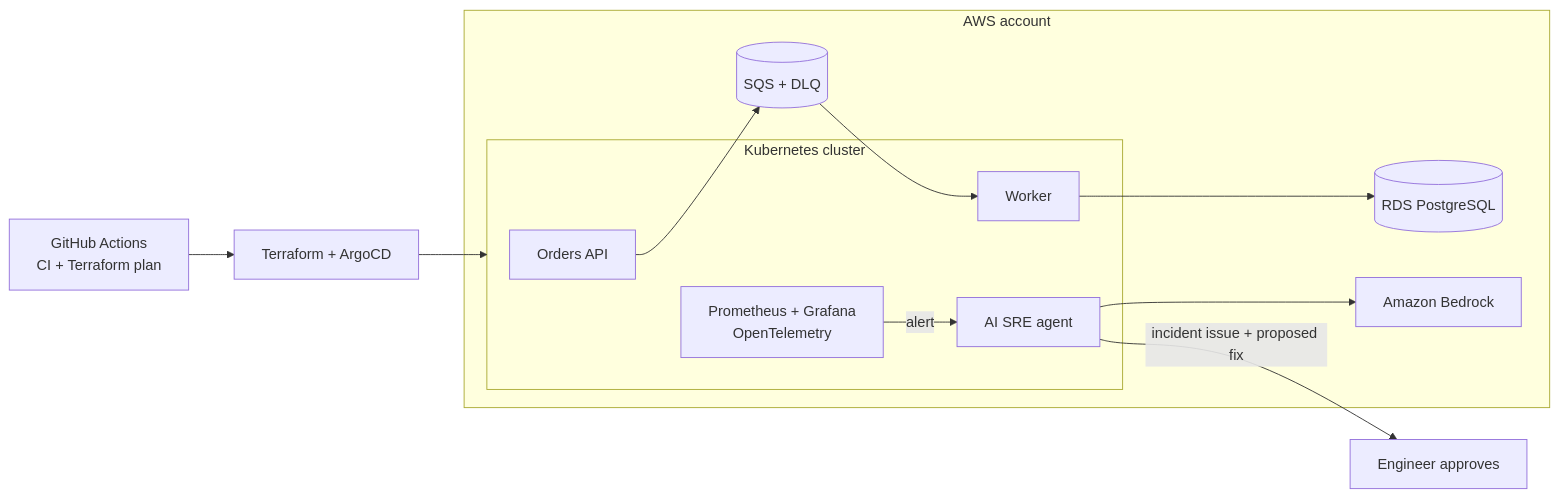
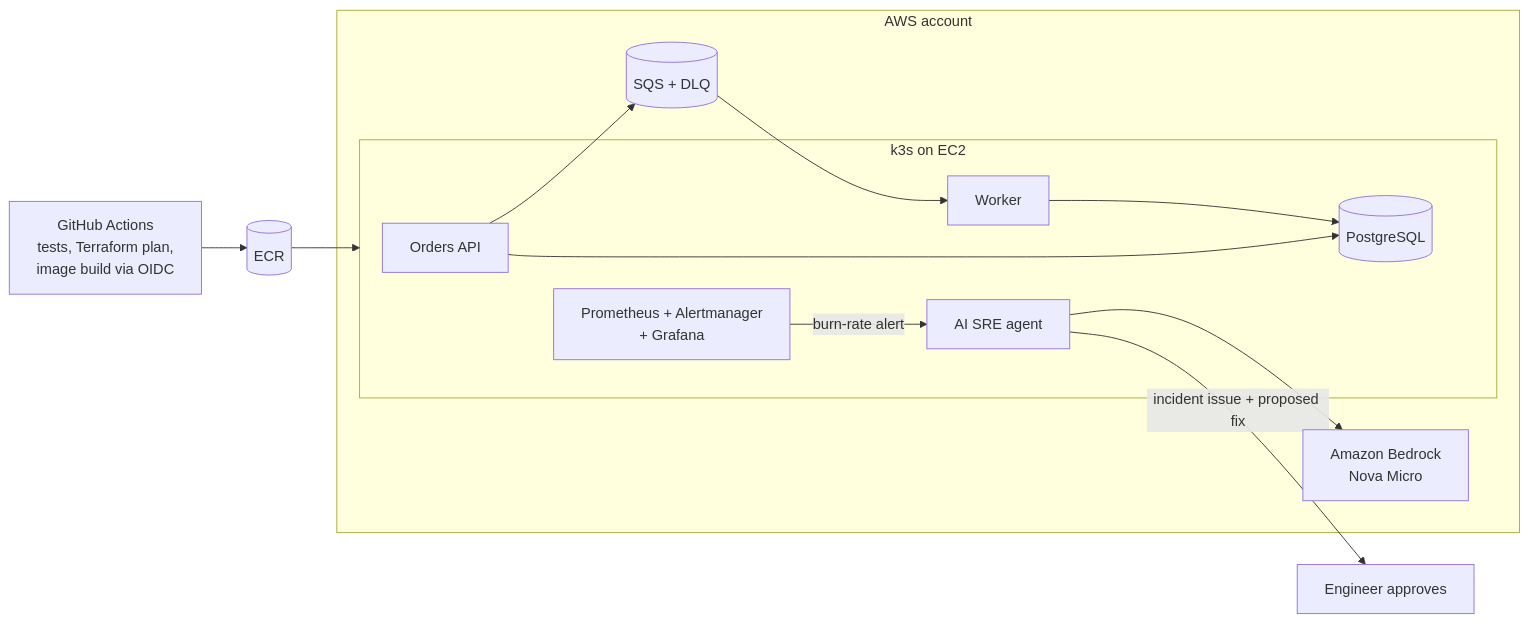
One commit to MaikonJm/aws-sre-ai-platform changed the diagram in README.md. Above: the diagram before and after it, drawn with Mermaid. The commit also changed other lines of this file and 5 other files, not shown here.

````diff
--- a/README.md
+++ b/README.md
@@ -13,22 +13,23 @@
 ```mermaid
 flowchart LR
-  gh[GitHub Actions<br/>CI + Terraform plan] --> tf[Terraform + ArgoCD]
-  tf --> k8s
+  gh[GitHub Actions<br/>tests, Terraform plan,<br/>image build via OIDC] --> ecr[(ECR)]
+  ecr --> k8s
 
   subgraph aws[AWS account]
-    subgraph k8s[Kubernetes cluster]
+    subgraph k8s[k3s on EC2]
       api[Orders API]
       worker[Worker]
-      obs[Prometheus + Grafana<br/>OpenTelemetry]
+      pg[(PostgreSQL)]
+      obs[Prometheus + Alertmanager<br/>+ Grafana]
       agent[AI SRE agent]
     end
     sqs[(SQS + DLQ)]
-    rds[(RDS PostgreSQL)]
-    bedrock[Amazon Bedrock]
+    bedrock[Amazon Bedrock<br/>Nova Micro]
   end
 
-  api --> sqs --> worker --> rds
-  obs -- alert --> agent
+  api --> pg
+  api --> sqs --> worker --> pg
+  obs -- burn-rate alert --> agent
   agent --> bedrock
   agent -- incident issue + proposed fix --> human[Engineer approves]
 ```
````
